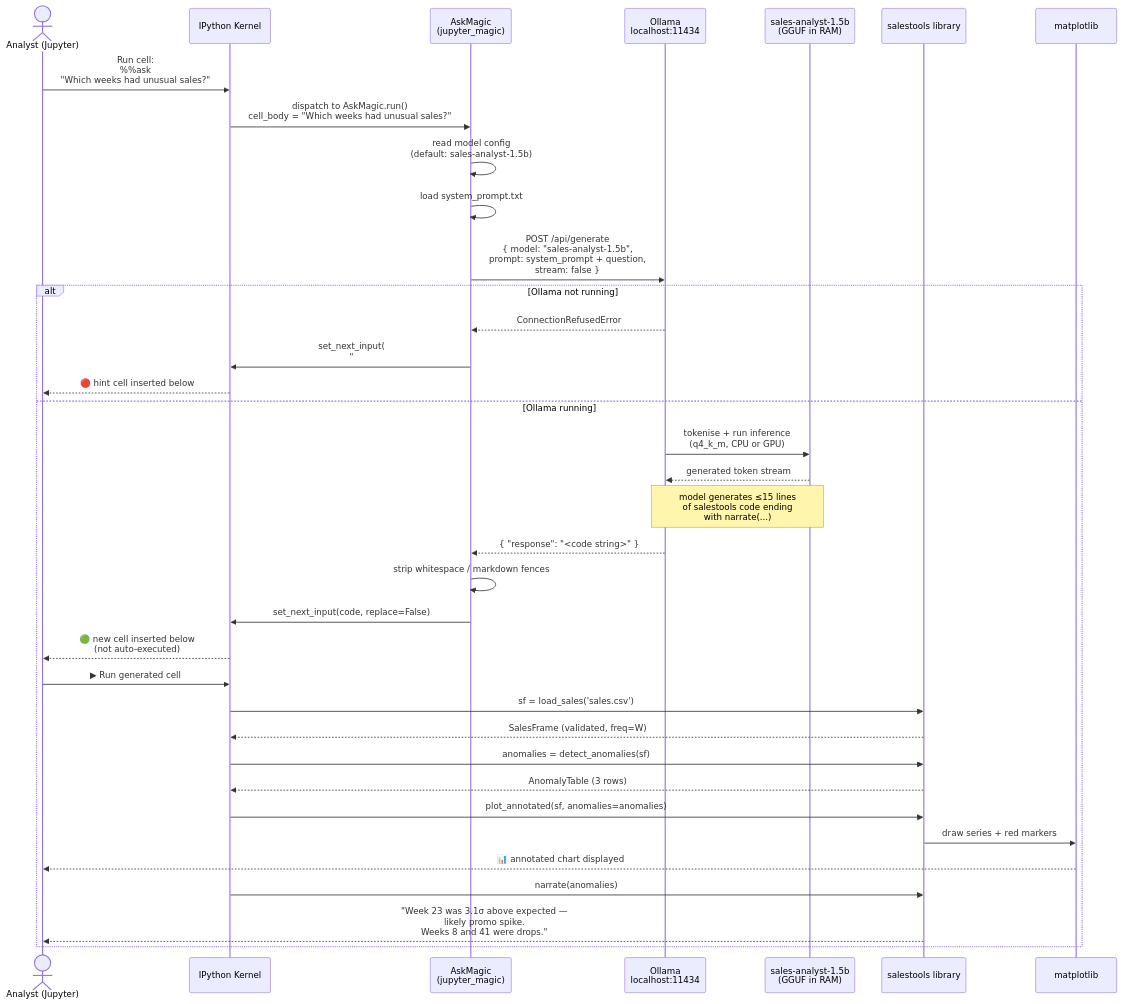
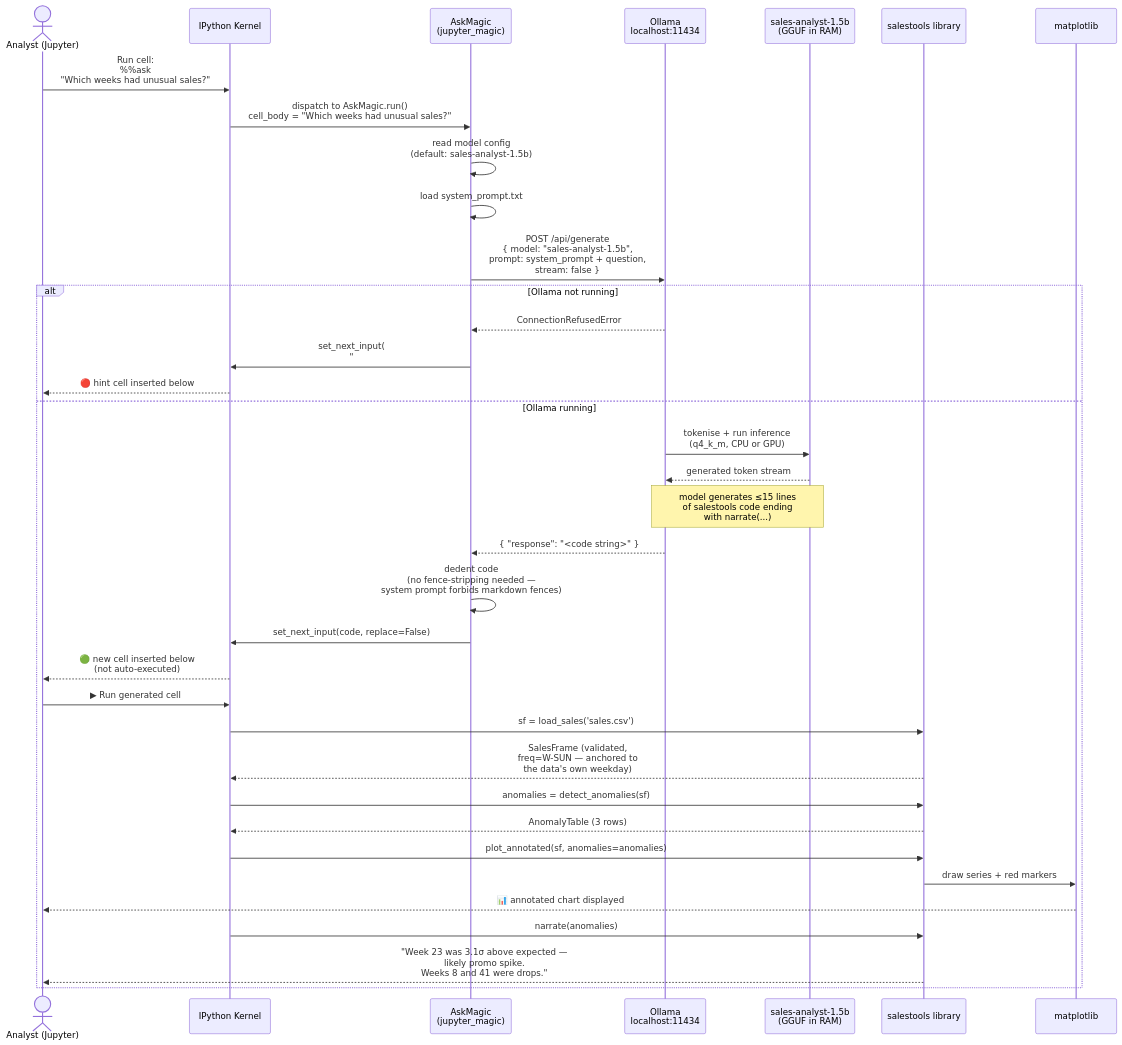
One commit to sandeepkesarkar/salestools-analyst changed the third of 4 diagrams in docs/diagrams.md. Above: the diagram before and after it, drawn with Mermaid. The commit also changed other lines of this file and 7 other files, not shown here.

First line of the commit message:
docs: re-verify eval numbers with fixed harness, rewrite README + diagrams

````diff
--- a/docs/diagrams.md
+++ b/docs/diagrams.md
@@ -163,51 +174,51 @@
 ```mermaid
 sequenceDiagram
     actor User as Analyst (Jupyter)
     participant IPY  as IPython Kernel
     participant MAG  as AskMagic<br/>(jupyter_magic)
     participant OLL  as Ollama<br/>localhost:11434
     participant MDL  as sales-analyst-1.5b<br/>(GGUF in RAM)
     participant LIB  as salestools library
     participant PLT  as matplotlib
 
     User->>IPY: Run cell:<br/>%%ask<br/>"Which weeks had unusual sales?"
 
     IPY->>MAG: dispatch to AskMagic.run()<br/>cell_body = "Which weeks had unusual sales?"
 
     MAG->>MAG: read model config<br/>(default: sales-analyst-1.5b)
     MAG->>MAG: load system_prompt.txt
 
     MAG->>OLL: POST /api/generate<br/>{ model: "sales-analyst-1.5b",<br/>  prompt: system_prompt + question,<br/>  stream: false }
 
     alt Ollama not running
         OLL-->>MAG: ConnectionRefusedError
         MAG->>IPY: set_next_input(<br/>  "# Ollama not running.<br/>   Start with: ollama serve")
         IPY-->>User: 🔴 hint cell inserted below
     else Ollama running
         OLL->>MDL: tokenise + run inference<br/>(q4_k_m, CPU or GPU)
         MDL-->>OLL: generated token stream
 
         Note over MDL,OLL: model generates ≤15 lines<br/>of salestools code ending<br/>with narrate(...)
 
         OLL-->>MAG: { "response": "<code string>" }
 
-        MAG->>MAG: strip whitespace / markdown fences
+        MAG->>MAG: dedent code<br/>(no fence-stripping needed —<br/>system prompt forbids markdown fences)
         MAG->>IPY: set_next_input(code, replace=False)
         IPY-->>User: 🟢 new cell inserted below<br/>(not auto-executed)
 
         User->>IPY: ▶ Run generated cell
 
         IPY->>LIB: sf = load_sales('sales.csv')
-        LIB-->>IPY: SalesFrame (validated, freq=W)
+        LIB-->>IPY: SalesFrame (validated,<br/>freq=W-SUN — anchored to<br/>the data's own weekday)
 
         IPY->>LIB: anomalies = detect_anomalies(sf)
         LIB-->>IPY: AnomalyTable (3 rows)
 
         IPY->>LIB: plot_annotated(sf, anomalies=anomalies)
         LIB->>PLT: draw series + red markers
         PLT-->>User: 📊 annotated chart displayed
 
         IPY->>LIB: narrate(anomalies)
         LIB-->>User: "Week 23 was 3.1σ above expected —<br/>likely promo spike.<br/>Weeks 8 and 41 were drops."
     end
 ```
````
